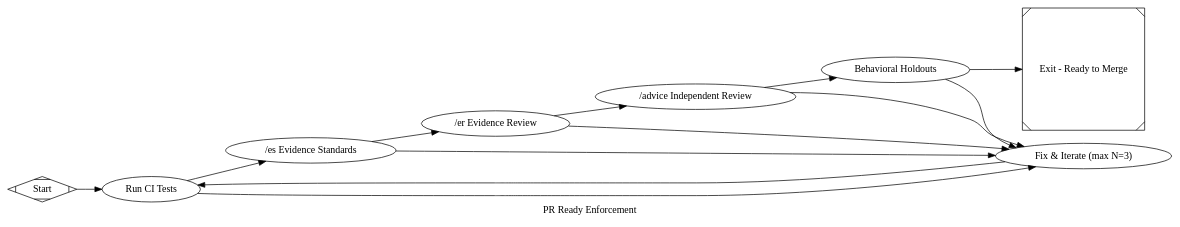
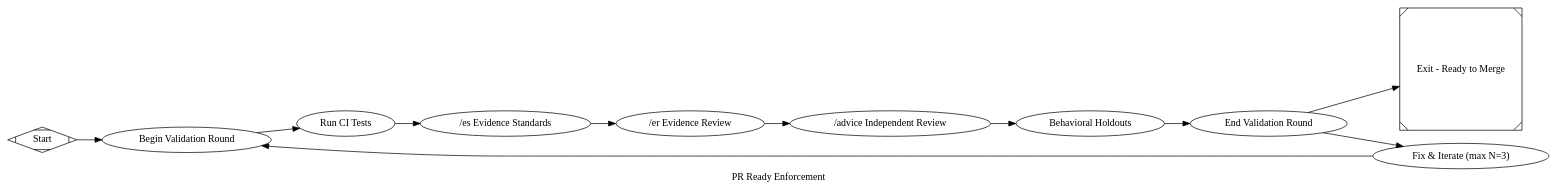
The diagram in pipelines/slim/ready.dot (jleechanorg/dark-factory), drawn with Graphviz before and after one commit. The commit also changed 11 other files, not shown here.

Commit message:
feat(runner): implement sequential validation rounds and max-rounds CLI [agy][gemini-3.6-flash-high]

```diff
--- a/pipelines/slim/ready.dot
+++ b/pipelines/slim/ready.dot
@@ -1,100 +1,102 @@
 digraph ReadyPRFactory {
   graph [
     goal="Enforce PR is /ready: verify CI tests, /es evidence, /er review, /advice approval, and holdouts with bounded N=3 fix iteration"
     label="PR Ready Enforcement"
+    validation_rounds="true"
     skip_explore="true"
     skip_plan="true"
     skip_implement="true"
     rankdir=LR
     model_stylesheet="minimal_feature.model.css"
   ]
 
   start [shape=Mdiamond, label="Start"]
   exit  [shape=Msquare, label="Exit - Ready to Merge"]
 
+  round_begin [
+    type="round_begin",
+    label="Begin Validation Round",
+    members="test,gate_es,gate_er,gate_advice,holdout"
+  ]
+
   // 1. Run deterministic CI tests / build check
   test [
     type="tool",
     label="Run CI Tests",
     command="${state.slim.test_command}",
     validation=true,
     goal_gate=true,
-    timeout=600,
-    retry_target="fix"
+    timeout=600
   ]
 
   // 2. Gate 1: /es Evidence Standards (published gist linked in PR body)
   gate_es [
     type="gate_es",
     label="/es Evidence Standards",
     backend_priority="codex,minimax,agy,claude-sonnet",
     prefer_adversarial="true",
     gate_strict="true",
     timeout=600,
-    goal_gate=true,
-    retry_target="fix"
+    goal_gate=true
   ]
 
   // 3. Gate 2: /er Adversarial Evidence Review (PASS verdict at current head)
   gate_er [
     type="gate_er",
     label="/er Evidence Review",
     backend_priority="codex,minimax,agy,claude-sonnet",
     prefer_adversarial="true",
     gate_strict="true",
     timeout=600,
-    goal_gate=true,
-    retry_target="fix"
+    goal_gate=true
   ]
 
   // 4. Gate 3: /advice Independent Review Gate (APPROVE / comments handled)
   gate_advice [
     type="gate_slash",
     command="advice",
     label="/advice Independent Review",
     timeout=600,
-    goal_gate=true,
-    retry_target="fix"
+    goal_gate=true
   ]
 
   // 5. Gate 4: Sealed Holdout Evaluation
   holdout [
     type="holdout_eval",
     label="Behavioral Holdouts",
     feature="${state.feature}",
     validation=true,
     goal_gate=true,
-    timeout=600,
-    retry_target="fix"
+    timeout=600
   ]
 
-  // 6. Fix & Iterate Node (Bounded by max_visits=3)
+  round_end [
+    type="round_end",
+    label="End Validation Round",
+    members="test,gate_es,gate_er,gate_advice,holdout"
+  ]
+
+  // 6. Fix & Iterate Node (Bounded by validation rounds)
   fix [
     type="codergen",
     label="Fix & Iterate (max N=3)",
     class="fix",
     prompt="@prompts/slim/ready_fix.md",
-    max_retries=2,
-    max_visits="3",
+    max_retries=0,
     no_progress_max="2",
     timeout=600
   ]
 
-  start -> test
-  test -> gate_es [condition="outcome=success"]
-  test -> fix [condition="outcome!=success"]
+  start -> round_begin
+  round_begin -> test
+  test -> gate_es
+  gate_es -> gate_er
+  gate_er -> gate_advice
+  gate_advice -> holdout
+  holdout -> round_end
 
-  gate_es -> gate_er [condition="outcome=success"]
-  gate_es -> fix [condition="outcome!=success"]
+  round_end -> exit [condition="outcome=success"]
+  round_end -> fix  [condition="outcome!=success"]
 
-  gate_er -> gate_advice [condition="outcome=success"]
-  gate_er -> fix [condition="outcome!=success"]
-
-  gate_advice -> holdout [condition="outcome=success"]
-  gate_advice -> fix [condition="outcome!=success"]
-
-  holdout -> exit [condition="outcome=success"]
-  holdout -> fix [condition="outcome!=success"]
-
-  fix -> test
+  fix -> round_begin
 }
```
